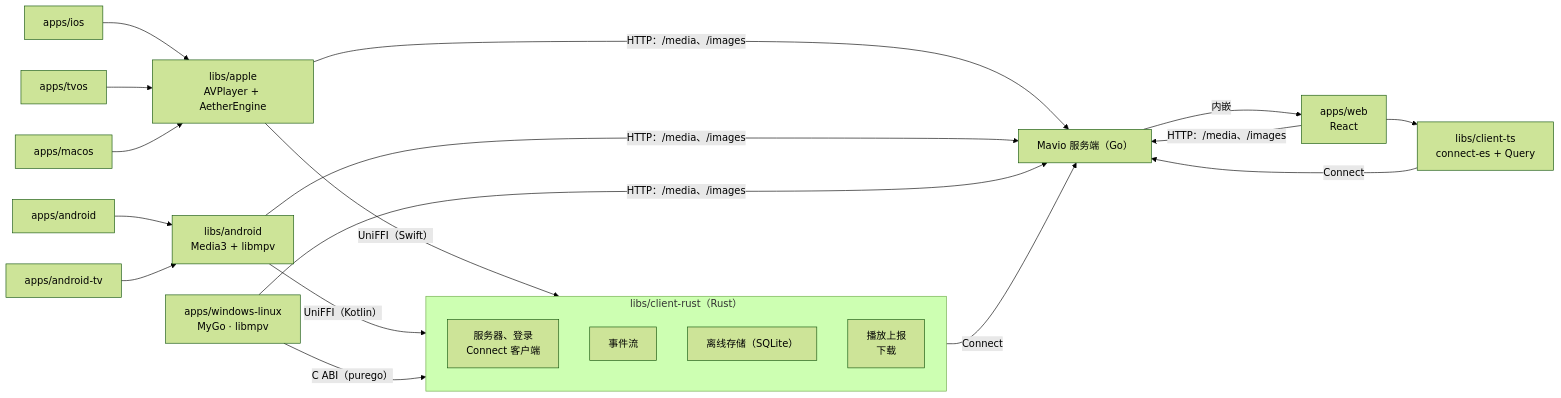
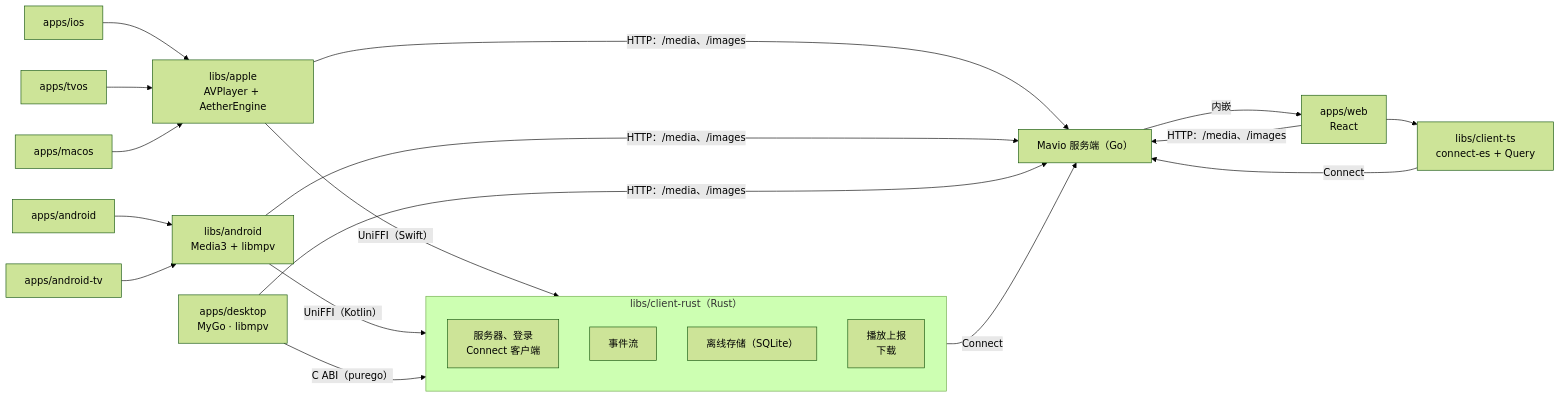
One commit to mavioai/mavio changed the diagram in docs/clients.zh-CN.md. Above: the diagram before and after it, drawn with Mermaid (forest theme). The commit also changed other lines of this file and 19 other files, not shown here.

First line of the commit message:
docs: the desktop app, apps/desktop, on macOS, Windows and Linux

````diff
--- a/docs/clients.zh-CN.md
+++ b/docs/clients.zh-CN.md
@@ -37,33 +37,33 @@
 ```mermaid
 flowchart LR
     Server["Mavio 服务端（Go）"]
     Web["apps/web<br/>React"]
     ClientTS["libs/client-ts<br/>connect-es + Query"]
 
     subgraph Core["libs/client-rust（Rust）"]
         Conn["服务器、登录<br/>Connect 客户端"]
         Events["事件流"]
         Store["离线存储（SQLite）"]
         Report["播放上报<br/>下载"]
     end
 
     AppleLib["libs/apple<br/>AVPlayer + AetherEngine"]
     AndroidLib["libs/android<br/>Media3 + libmpv"]
     iOS["apps/ios"]
     tvOS["apps/tvos"]
     macOS["apps/macos"]
     Android["apps/android"]
     AndroidTV["apps/android-tv"]
-    WinLin["apps/windows-linux<br/>MyGo · libmpv"]
+    Desktop["apps/desktop<br/>MyGo · libmpv"]
 
     Server -->|"内嵌"| Web
     Web --> ClientTS
     ClientTS -->|"Connect"| Server
     Core -->|"Connect"| Server
     AppleLib -->|"UniFFI（Swift）"| Core
     AndroidLib -->|"UniFFI（Kotlin）"| Core
-    WinLin -->|"C ABI（purego）"| Core
+    Desktop -->|"C ABI（purego）"| Core
     iOS & tvOS & macOS --> AppleLib
     Android & AndroidTV --> AndroidLib
-    Web & AppleLib & AndroidLib & WinLin -->|"HTTP：/media、/images"| Server
+    Web & AppleLib & AndroidLib & Desktop -->|"HTTP：/media、/images"| Server
 ```
````
